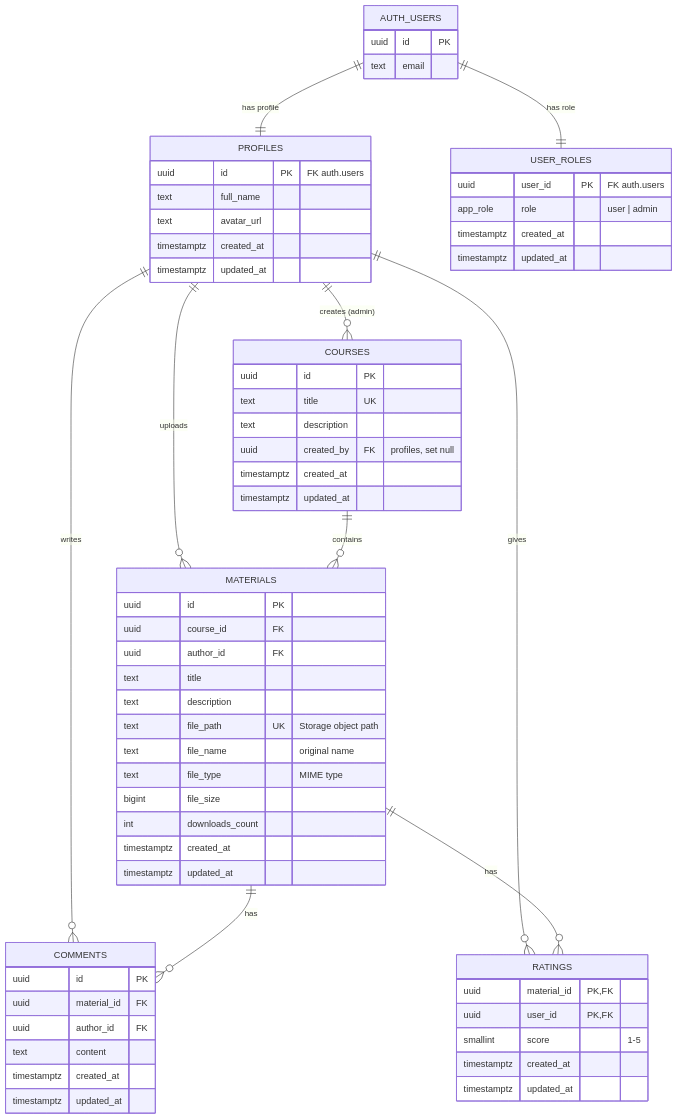
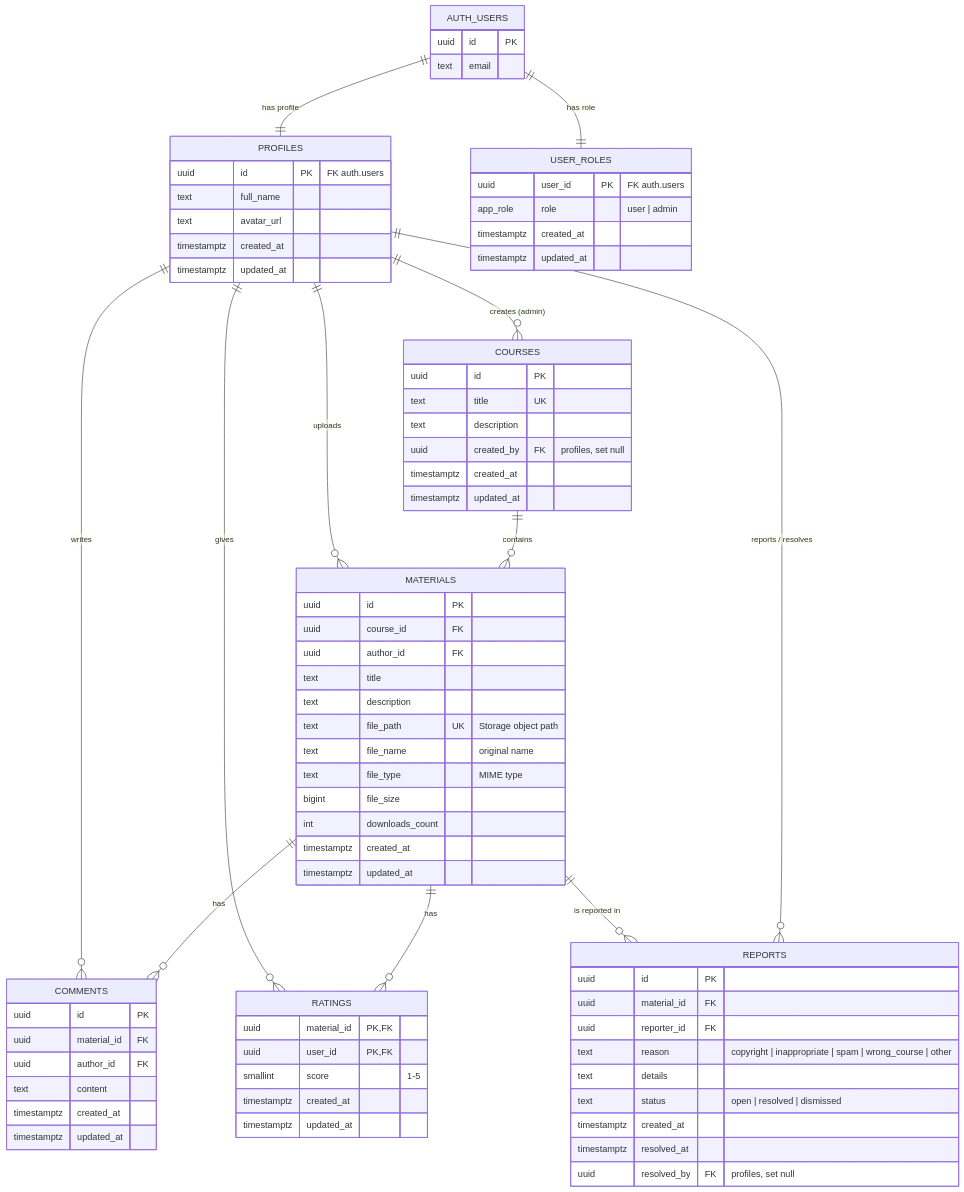
The diagram in README.md (plam13/studyshare), drawn with Mermaid before and after one commit. The commit also changed other lines of this file and 8 other files, not shown here.

Commit message:
feat(reports): report button and dialog, admin review in moderation, copyright confirmation on upload

````diff
--- a/README.md
+++ b/README.md
@@ -101,67 +103,80 @@
 ```mermaid
 erDiagram
     AUTH_USERS ||--|| PROFILES : "has profile"
     AUTH_USERS ||--|| USER_ROLES : "has role"
     PROFILES ||--o{ COURSES : "creates (admin)"
     PROFILES ||--o{ MATERIALS : uploads
     PROFILES ||--o{ COMMENTS : writes
     PROFILES ||--o{ RATINGS : gives
     COURSES ||--o{ MATERIALS : contains
     MATERIALS ||--o{ COMMENTS : has
     MATERIALS ||--o{ RATINGS : has
+    MATERIALS ||--o{ REPORTS : "is reported in"
+    PROFILES ||--o{ REPORTS : "reports / resolves"
 
     AUTH_USERS {
         uuid id PK
         text email
     }
     PROFILES {
         uuid id PK "FK auth.users"
         text full_name
         text avatar_url
         timestamptz created_at
         timestamptz updated_at
     }
     USER_ROLES {
         uuid user_id PK "FK auth.users"
         app_role role "user | admin"
         timestamptz created_at
         timestamptz updated_at
     }
     COURSES {
         uuid id PK
         text title UK
         text description
         uuid created_by FK "profiles, set null"
         timestamptz created_at
         timestamptz updated_at
     }
     MATERIALS {
         uuid id PK
         uuid course_id FK
         uuid author_id FK
         text title
         text description
         text file_path UK "Storage object path"
         text file_name "original name"
         text file_type "MIME type"
         bigint file_size
         int downloads_count
         timestamptz created_at
         timestamptz updated_at
     }
     COMMENTS {
         uuid id PK
         uuid material_id FK
         uuid author_id FK
         text content
         timestamptz created_at
         timestamptz updated_at
     }
     RATINGS {
         uuid material_id PK, FK
         uuid user_id PK, FK
         smallint score "1-5"
         timestamptz created_at
         timestamptz updated_at
     }
+    REPORTS {
+        uuid id PK
+        uuid material_id FK
+        uuid reporter_id FK
+        text reason "copyright | inappropriate | spam | wrong_course | other"
+        text details
+        text status "open | resolved | dismissed"
+        timestamptz created_at
+        timestamptz resolved_at
+        uuid resolved_by FK "profiles, set null"
+    }
 ```
````
